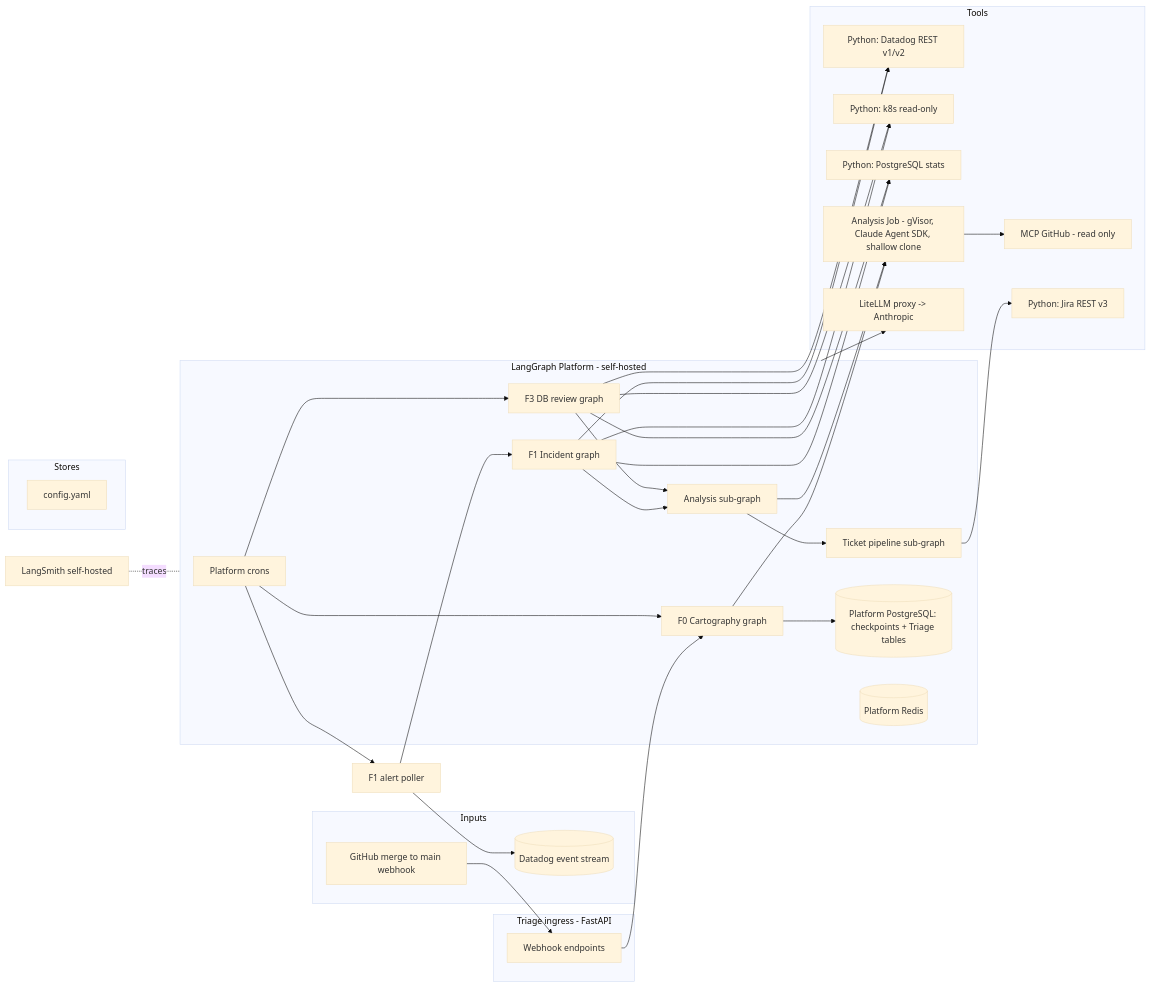
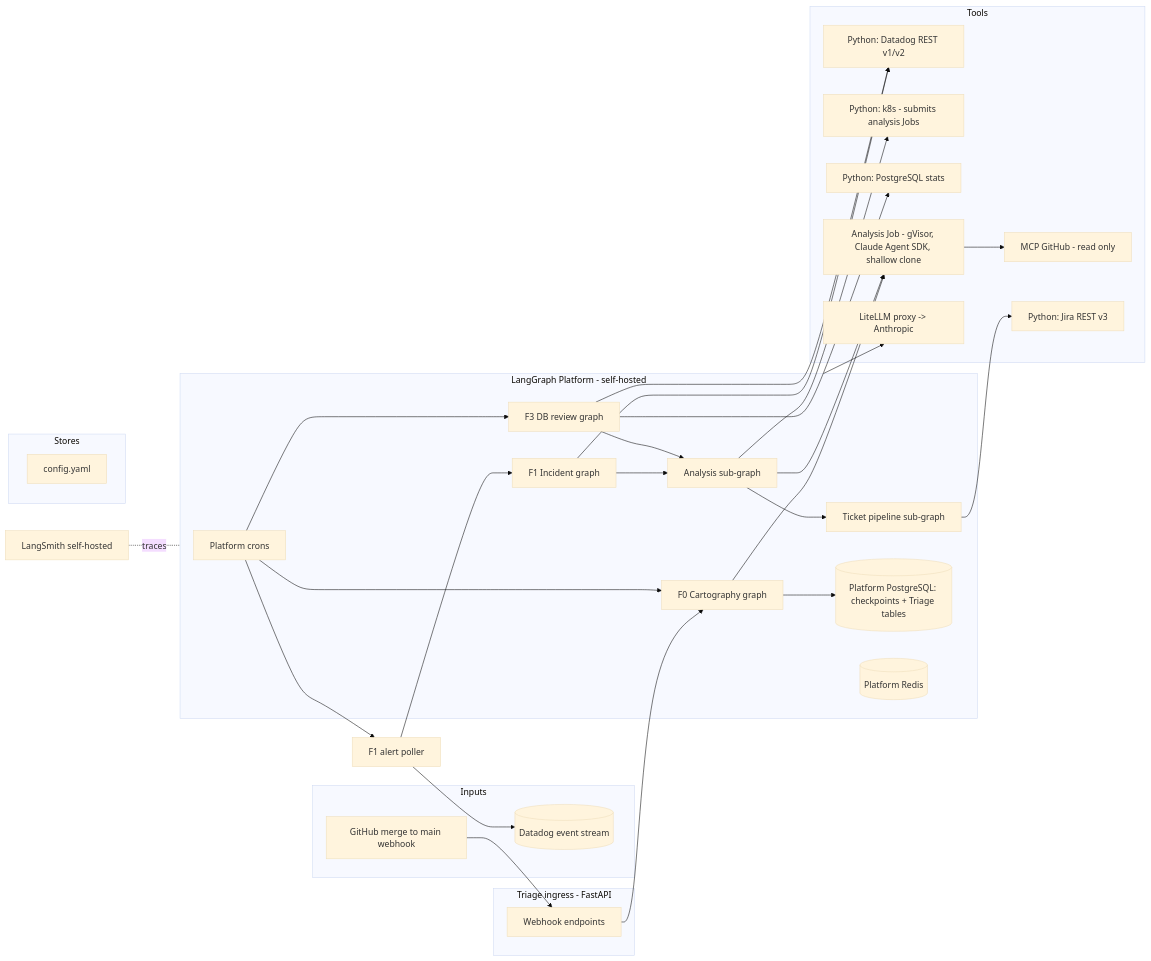
The diagram in docs/architecture.md (jburet/triage), drawn with Mermaid (base theme) before and after one commit. The commit also changed other lines of this file and 3 other files, not shown here.

````diff
--- a/docs/architecture.md
+++ b/docs/architecture.md
@@ -32,51 +32,53 @@
 ```mermaid
 flowchart LR
     subgraph Inputs
         DD[(Datadog event stream)]
         GH_WH[GitHub merge to main webhook]
     end
 
     subgraph ING[Triage ingress - FastAPI]
         API[Webhook endpoints]
     end
 
     subgraph LGP[LangGraph Platform - self-hosted]
         CRON[Platform crons]
         G0[F0 Cartography graph]
         G1[F1 Incident graph]
         G3[F3 DB review graph]
         GA[Analysis sub-graph]
         GT[Ticket pipeline sub-graph]
         PG[(Platform PostgreSQL: checkpoints + Triage tables)]
         RD[(Platform Redis)]
     end
 
     subgraph Stores
         YAML[config.yaml]
     end
 
     subgraph Tools
         PY_DD[Python: Datadog REST v1/v2]
         MCP_GH[MCP GitHub - read only]
         PY_JIRA[Python: Jira REST v3]
-        PY_K8S[Python: k8s read-only]
+        PY_K8S[Python: k8s - submits analysis Jobs]
         PY_PG[Python: PostgreSQL stats]
         SBX[Analysis Job - gVisor, Claude Agent SDK, shallow clone]
         LLM[LiteLLM proxy -> Anthropic]
     end
 
     CRON --> POLL[F1 alert poller] --> DD
     POLL --> G1
     GH_WH --> API --> G0
     CRON --> G3
     CRON --> G0
 
     G1 & G3 --> GA --> GT
     G0 --> SBX
     G0 --> PG
     GT --> PY_JIRA
     GA --> SBX --> MCP_GH
-    G1 & G3 --> PY_DD & PY_K8S & PY_PG
+    G1 --> PY_DD
+    G3 --> PY_DD & PY_PG
+    GA --> PY_K8S
     LGP --> LLM
     LS[LangSmith self-hosted] -.traces.- LGP
 ```
````
